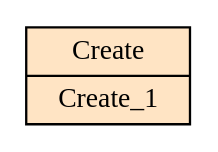
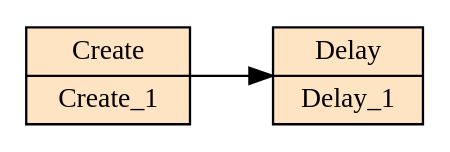
Before and after one commit to vits-hugs/Genesys-Simulator: the diagram in applications/gui/qt/SimpleGUI_QtCreator/build-SimpleGUI-Desktop-Debug/.tempFixedGraphicalModelRepresentation.dot, drawn with Graphviz. The commit also changed 39 other files, not shown here.

```diff
--- a/applications/gui/qt/SimpleGUI_QtCreator/build-SimpleGUI-Desktop-Debug/.tempFixedGraphicalModelRepresentation.dot
+++ b/applications/gui/qt/SimpleGUI_QtCreator/build-SimpleGUI-Desktop-Debug/.tempFixedGraphicalModelRepresentation.dot
@@ -1,8 +1,12 @@
 digraph G {
   compound=true; rankdir=LR; 
   // model level
   {
      rank=min  // 0
      Create_1 [shape=record, fontsize=12, fontcolor=black, style=filled, fillcolor=bisque, label="Create|Create_1"];
   }
+  {
+     Delay_1 [shape=record, fontsize=12, fontcolor=black, style=filled, fillcolor=bisque, label="Delay|Delay_1"];
+       Create_1->Delay_1[style=solid, arrowhead="normal" color=black, fontcolor=black, fontsize=7];
+  }
 }
```
